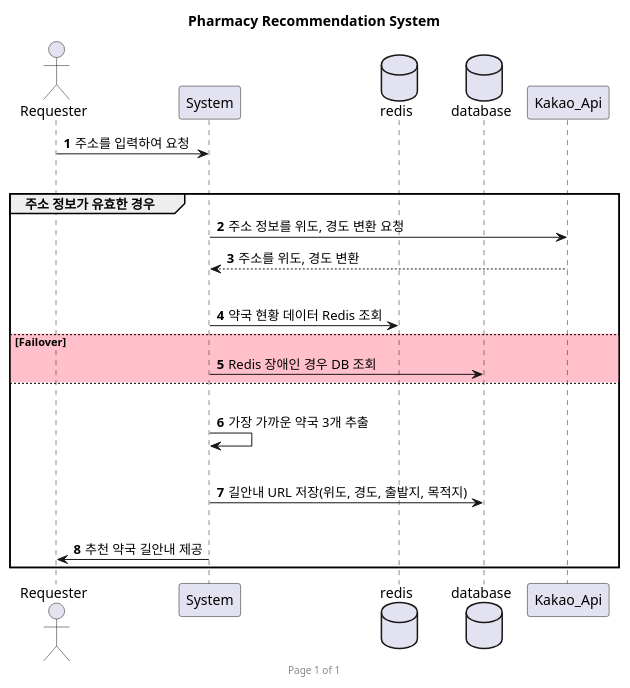
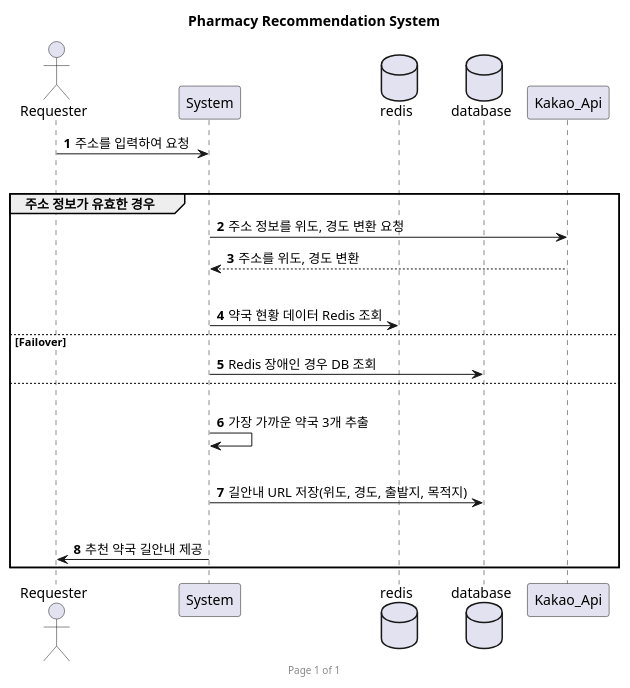
The diagram in src/main/resources/static/plantUML/PharmacyRecommendation.puml (WonYong-Jang/Pharmacy-Recommendation), drawn with PlantUML before and after one commit. The commit also changed 7 other files, not shown here.

```diff
--- a/src/main/resources/static/plantUML/PharmacyRecommendation.puml
+++ b/src/main/resources/static/plantUML/PharmacyRecommendation.puml
@@ -1,37 +1,37 @@
 @startuml
 'https://plantuml.com/sequence-diagram
 
 autonumber
 
 actor Requester
 
 participant System
 database redis
 database database
 participant Kakao_Api
 
 title Pharmacy Recommendation System
 footer Page %page% of %lastpage%
 
 skinparam responseMessageBelowArrow true
 
 Requester -> System: 주소를 입력하여 요청
 
 |||
 group 주소 정보가 유효한 경우
     System -> Kakao_Api: 주소 정보를 위도, 경도 변환 요청
     Kakao_Api --> System: 주소를 위도, 경도 변환
 |||
     System -> redis: 약국 현황 데이터 Redis 조회
-    else #Pink Failover
+    else Failover
         System -> database: Redis 장애인 경우 DB 조회
     else
 |||
     System -> System: 가장 가까운 약국 3개 추출
 |||
     System -> database: 길안내 URL 저장(위도, 경도, 출발지, 목적지)
 |||
     System -> Requester: 추천 약국 길안내 제공
 end
 
 @enduml
```
